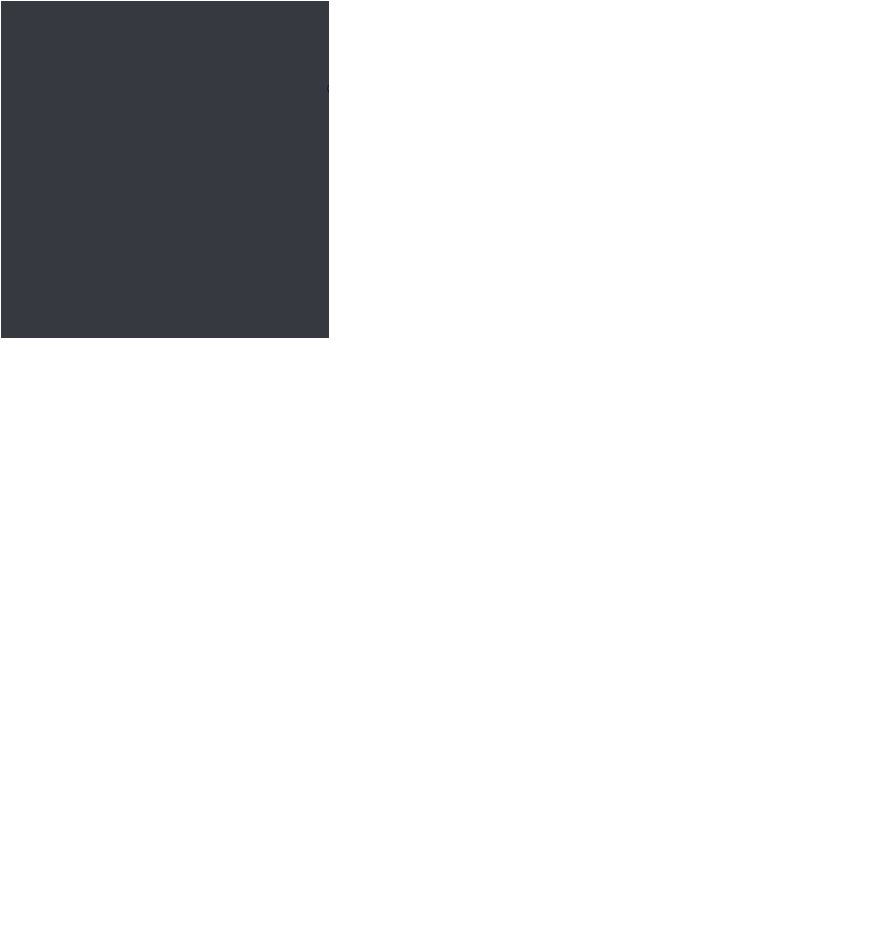
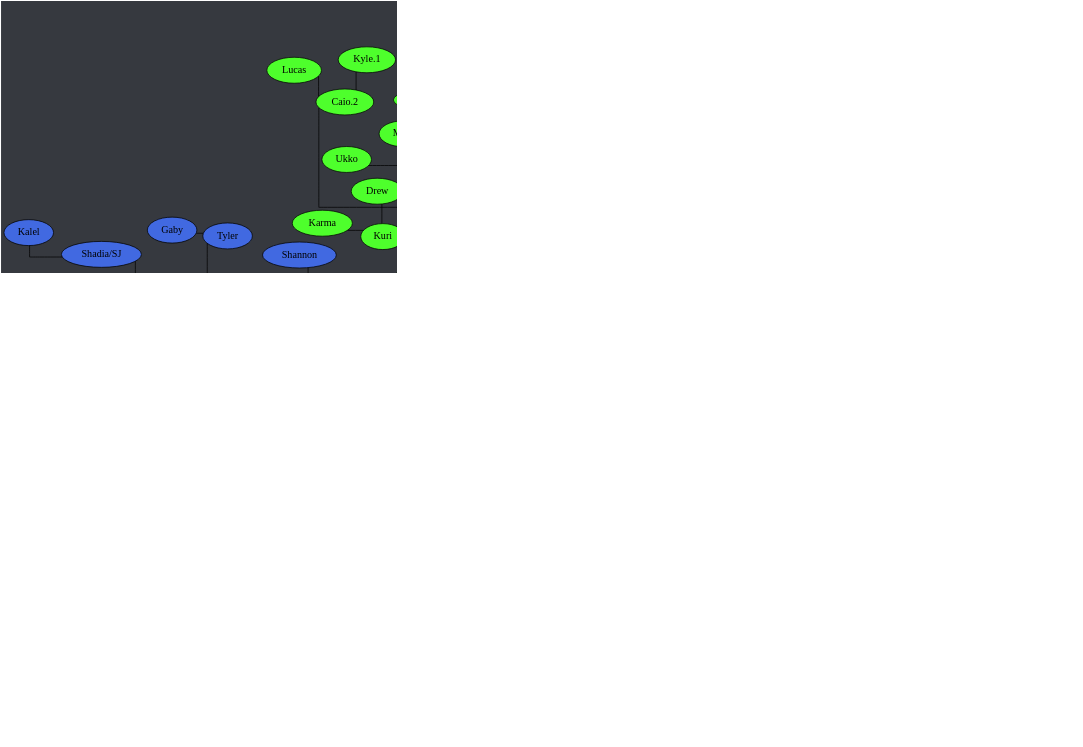
One commit to Documidas/CoronaCatzFamilyTree changed the diagram in tree.dot. Above: the diagram before and after it, drawn with Graphviz. The commit also changed 1 other file, not shown here.

Commit message:
Add Sierra

```diff
--- a/tree.dot
+++ b/tree.dot
@@ -1,184 +1,185 @@
 strict graph {
 	// Layout Configuration
 	layout = neato;
 	dpi = 200;
 	epsilon = 0.01;
 	mode = major;
 	model = subset;
 	overlap = false;
 	splines = ortho;
 	start = rand;
 
 	// Visual Configuration
 	graph [ truecolor=true bgcolor="#36393f" ];
 	node [ style=filled fillcolor="gray" fontcolor="black" ];
 
 	subgraph "Joel" {
 		node [ style=filled fillcolor="firebrick4" fontcolor="white" ];
 		Joel [ style=filled fillcolor="gold" fontcolor="black" ];
 
 		Cayla -- "Ali.2";
 		Cayla -- Jonathan;
 		Cayla -- Kate;
 		Cayla -- Ranger;
 		Joel -- Anders;
 		Joel -- Cayla;
 		Joel -- Conner;
 		Joel -- Jared;
 		Joel -- Kat;
 		Joel -- Patrick;
 		Joel -- Steven;
 	}
 
 	subgraph "Anders" {
 		node [ style=filled fillcolor="green4" fontcolor="white" ];
 		// Anders [ style=filled fillcolor="green4" fontcolor="white" ];
 
 		Anders -- Chiara;
 		Anders -- Cody;
 		Anders -- Daniel;
 		Anders -- "Derek/Yaupon";
 		Anders -- DJ;
 		Anders -- Hahnur;
 		Anders -- Jen;
 		Anders -- "Matt.2";
 		Anders -- Solis;
 		Anders -- Will;
 		Anders -- Wyatt;
 		Anders -- Zach;
 	}
 
 	subgraph "Jared" {
 		node [ style=filled fillcolor="royalblue" fontcolor="black" ];
 		// Jared [ style=filled fillcolor="royalblue" fontcolor="black" ];
 
 		Andrew -- Hannah;
 		Carter -- Tom;
 		Cole -- "Shadia/SJ";
 		Dave -- Everett;
 		Donnie -- Bianca;
 		Donnie -- Bryan;
 		Donnie -- Troy;
 		Greg -- "Ali.1";
 		Greg -- Andrew;
 		Greg -- Carter;
 		Greg -- "John Boi";
 		Greg -- Tails;
 		Greg -- Tanyon;
 		Hannah -- Raana;
 		Jared -- Brandi;
 		Jared -- Dave;
 		Jared -- Donnie;
 		Jared -- Fabi;
 		Jared -- "Jack.2";
 		Jared -- Cole;
 		Jared -- Fitz;
 		Jared -- Kamon;
 		Jared -- Greg;
 		Jared -- Isabelle;
 		Jared -- Mason;
 		Jared -- "Matt.1";
 		Jared -- Mehmet;
 		Jared -- Nam;
 		Jared -- Pixie;
 		Jared -- Shannon;
 		Jared -- Spencer;
 		Jared -- Tyler;
 		Jared -- "Zach/Laniakea";
 		Jared -- Zoe;
 		"Shadia/SJ" -- Kalel;
 		Troy -- Drake;
 		Tyler -- Gaby;
 		Zoe -- Brandon;
 		Zoe -- Jasper;
 		Zoe -- Jacob;
 	}
 
 	subgraph "Zach/Laniakea" {
 		node [ style=filled fillcolor="#4eff2c" fontcolor="black" ];
 		// "Zach/Laniakea" [ style=filled fillcolor="#4eff2c" fontcolor="black" ];
 
 		"Caio.2" -- "Kyle.1";
 		"Caio.2" -- Lucas;
 		Kuri -- Drew;
 		Kuri -- Jon;
 		Kuri -- Karma;
 		"Ryan/Wenger" -- Gracie;
 		"Zach/Laniakea" -- Allen;
 		"Zach/Laniakea" -- "Caio.2";
 		"Zach/Laniakea" -- Colin;
 		"Zach/Laniakea" -- John;
 		"Zach/Laniakea" -- Logan;
 		"Zach/Laniakea" -- Kevin;
 		"Zach/Laniakea" -- Kuri;
 		"Zach/Laniakea" -- "Kyle.0";
 		"Zach/Laniakea" -- Mike;
 		"Zach/Laniakea" -- "Ryan/Wenger";
 		"Zach/Laniakea" -- "Ukko";
 	}
 
 	subgraph "John" {
 		node [ style=filled fillcolor="#c89b3c" fontcolor="black" ];
 		// John [ style=filled fillcolor="#c89b3c" fontcolor="black" ];
 
 		Haber -- "Derek/Nomad";
 		John -- Anna;
 		John -- Emily;
 		John -- Haber;
 		John -- Jay;
 		John -- Jack;
 		John -- Lara;
 		John -- Monarch;
 		John -- "Oliger/Leanza";
 		John -- Thomas;
 	}
 
 	subgraph "John-stream" {
 		// node [ style=filled fillcolor="#9147ff" fontcolor="black" ];
 		node [ style=filled fillcolor="#c89b3c" fontcolor="black" ];
 
 		John -- "Michael/Wheezy";
 	}
 
 	subgraph "Thomas" {
 		node [ style=filled fillcolor="#b04900" fontcolor="black" ];
 		// Thomas [ style=filled fillcolor="#b04900" fontcolor="black" ];
 
 		Thomas -- Alex;
 		Thomas -- Bob;
 		Thomas -- JD;
 		Thomas -- Josh;
 		Thomas -- Juan;
 		Thomas -- Michael;
 		Thomas -- Taylor;
 		Thomas -- Tony;
 		Thomas -- "Travis.1";
 		Thomas -- "Travis.2";
 		Tony -- GT;
 	}
 
 	subgraph "Alex" {
 		node [ style=filled fillcolor="#6f2da8" fontcolor="white" ];
 		// Alex [ style=filled fillcolor="#6f2da8" fontcolor="black" ];
 
 		Alex -- "Alex/Blitt";
 		Alex -- "Da'Von";
 		Alex -- Sam;
 		"Alex/Blitt" -- Alan;
 		"Alex/Blitt" -- "Alex the 3rd";
 		"Alex/Blitt" -- Brian;
 		"Alex/Blitt" -- Carlos;
 		"Alex/Blitt" -- Chris;
 		"Alex/Blitt" -- Frank;
 		"Alex/Blitt" -- Gabriel;
 		"Alex/Blitt" -- "Kyle.3";
 		"Alex/Blitt" -- Laske;
 		"Alex/Blitt" -- "Ryan.1";
 		"Alex/Blitt" -- "Sam.2";
 		"Da'Von" -- Dalton;
 		"Da'Von" -- Dalyn;
 		"Da'Von" -- Zeller;
 		Dalton -- Graysen;
 		Gabriel -- "Ryan.2";
+		Zeller -- Sierra;
 	}
 }
```
